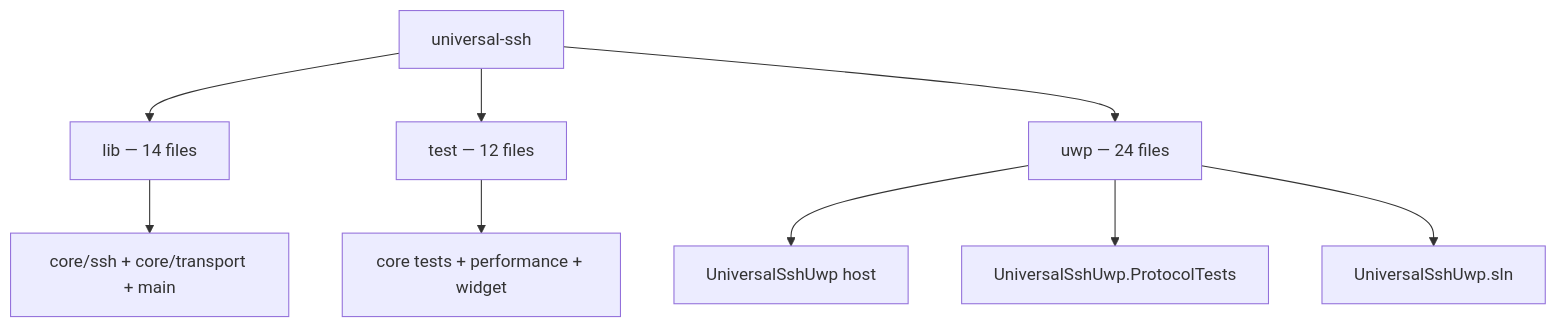
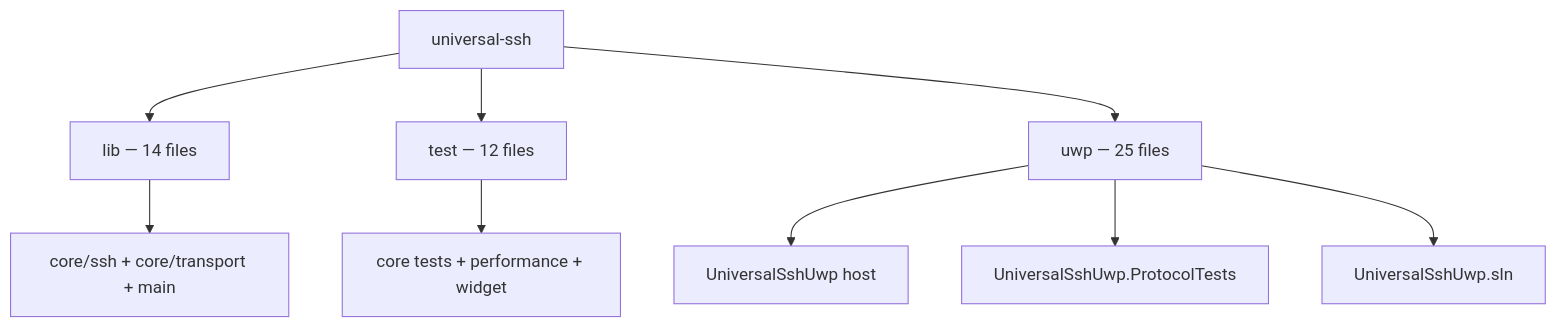
The diagram in docs/architecture/files.md (aloisiocosta-prof/universal-ssh), drawn with Mermaid before and after one commit. The commit also changed other lines of this file and 7 other files, not shown here.

````diff
--- a/docs/architecture/files.md
+++ b/docs/architecture/files.md
@@ -9,12 +9,12 @@
 ```mermaid
 flowchart TB
   R[universal-ssh]
   R --> L[lib — 14 files]
   R --> T[test — 12 files]
-  R --> U[uwp — 24 files]
+  R --> U[uwp — 25 files]
   L --> LC[core/ssh + core/transport + main]
   T --> TC[core tests + performance + widget]
   U --> UH[UniversalSshUwp host]
   U --> UT[UniversalSshUwp.ProtocolTests]
   U --> US[UniversalSshUwp.sln]
 ```
````
